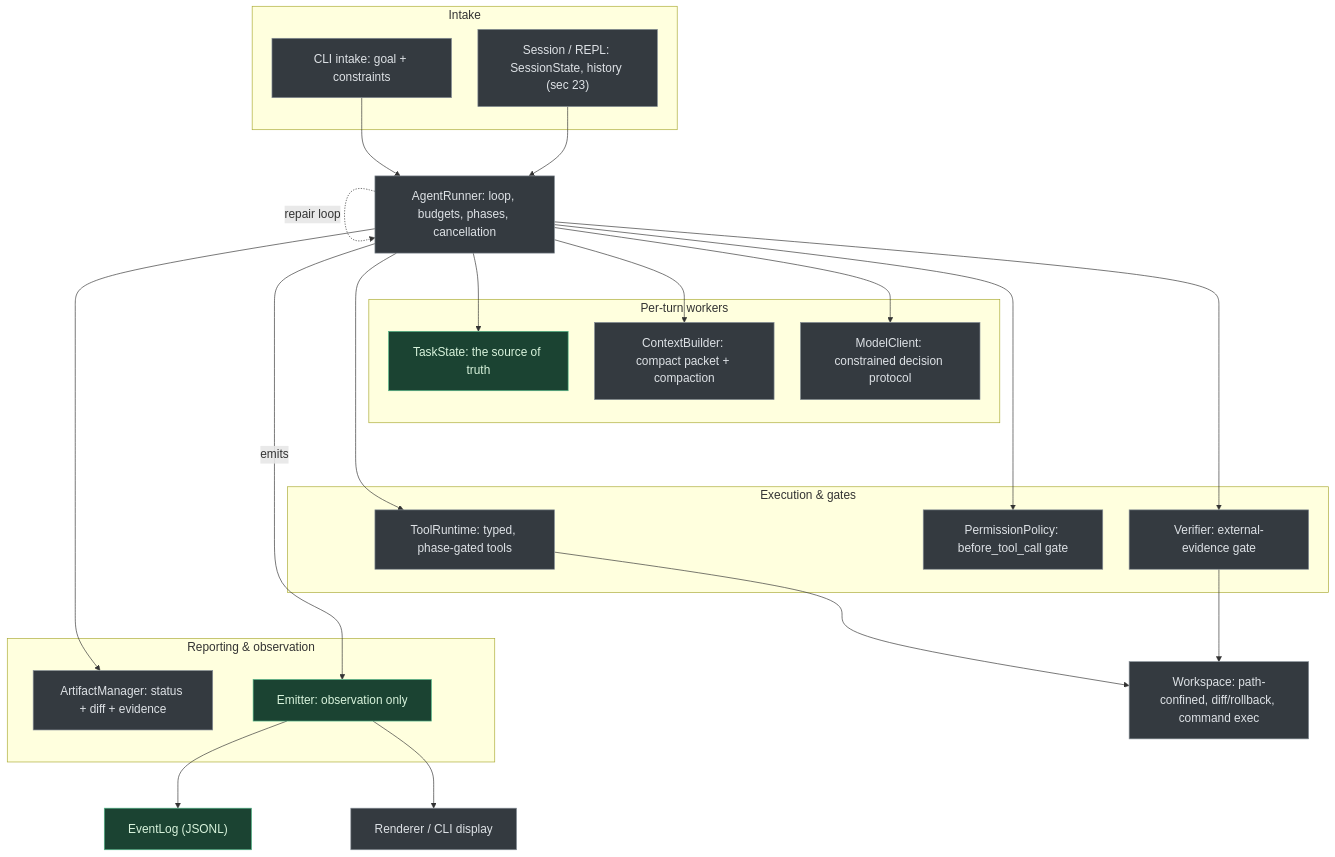
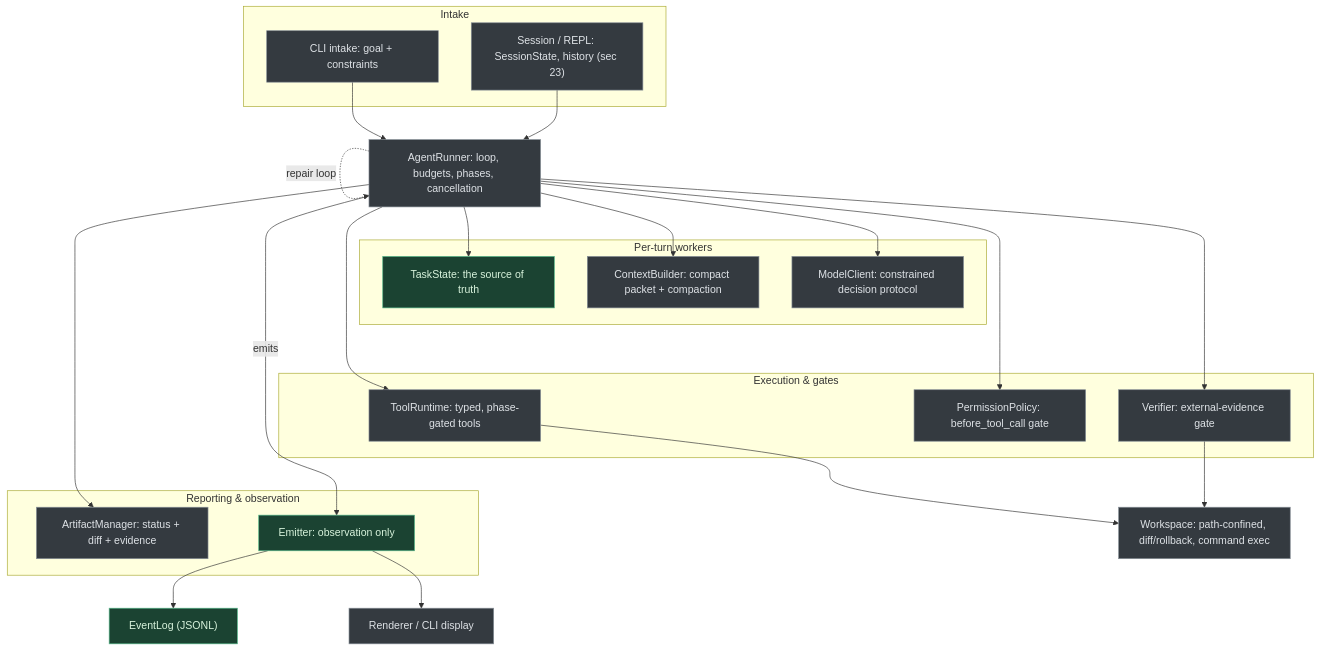
The first of 7 diagrams in ARCHITECTURE.md (codexceed/avatar-harness), drawn with Mermaid before and after one commit. The commit also changed other lines of this file and 12 other files, not shown here.

````diff
--- a/ARCHITECTURE.md
+++ b/ARCHITECTURE.md
@@ -24,60 +24,51 @@
 ```mermaid
----
-config:
-  flowchart:
-    rankSpacing: 70
-    nodeSpacing: 40
-    padding: 18
-  themeVariables:
-    fontSize: 18px
----
 flowchart TD
     subgraph intake["Intake"]
         CLI["CLI intake: goal + constraints"]
         SESS["Session / REPL: SessionState, history (sec 23)"]
     end
 
     R["AgentRunner: loop, budgets, phases, cancellation"]
     R -.->|repair loop| R
 
     subgraph turn["Per-turn workers"]
         TS["TaskState: the source of truth"]
         CB["ContextBuilder: compact packet + compaction"]
         MC["ModelClient: constrained decision protocol"]
     end
 
     subgraph act["Execution & gates"]
         TR["ToolRuntime: typed, phase-gated tools"]
         PP["PermissionPolicy: before_tool_call gate"]
         V["Verifier: external-evidence gate"]
     end
 
     subgraph report["Reporting & observation"]
         AM["ArtifactManager: status + diff + evidence"]
         EM["Emitter: observation only"]
     end
 
     CLI --> R
     SESS --> R
     R --> TS
     R --> CB
     R --> MC
     R --> TR
     R --> PP
     R --> V
     R --> AM
     R -->|emits| EM
     EM --> EL["EventLog (JSONL)"]
     EM --> UI["Renderer / CLI display"]
     TR --> WS["Workspace: path-confined, diff/rollback, command exec"]
     V --> WS
 
     %% force the tiers to stack vertically into one column
     turn ~~~ act
     act ~~~ report
 
     classDef done fill:#1b4332,stroke:#52b788,color:#d8f3dc;
     classDef todo fill:#343a40,stroke:#868e96,color:#dee2e6;
     class TS,EM,EL done;
     class SESS,CLI,R,CB,MC,TR,PP,V,AM,UI,WS todo;
 ```
````
